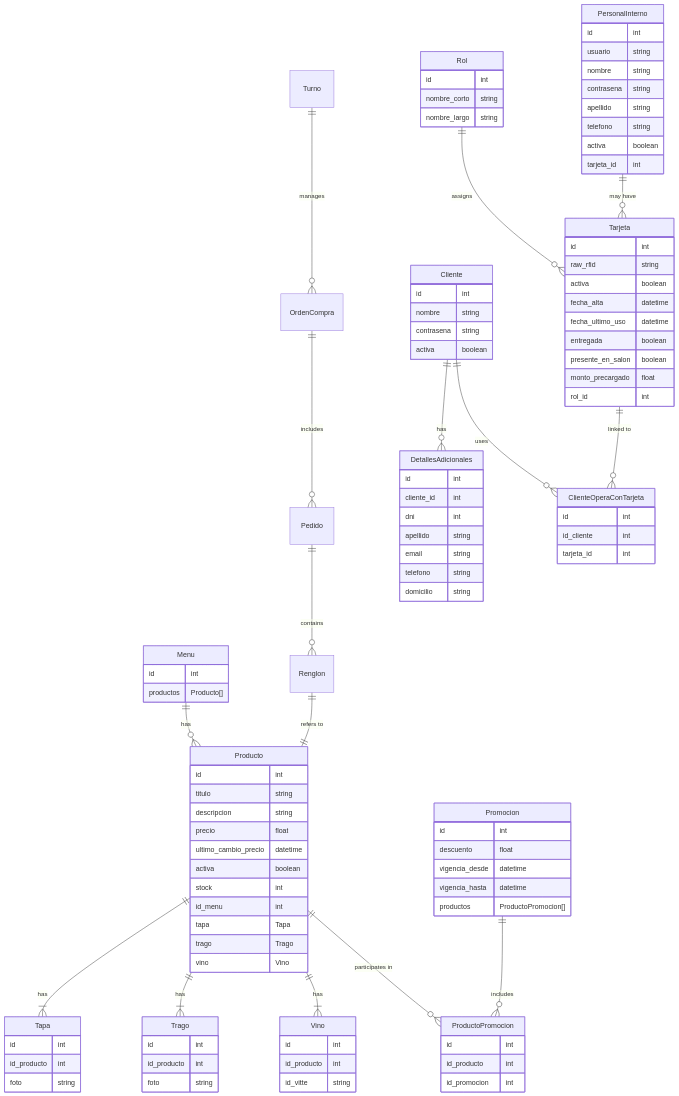
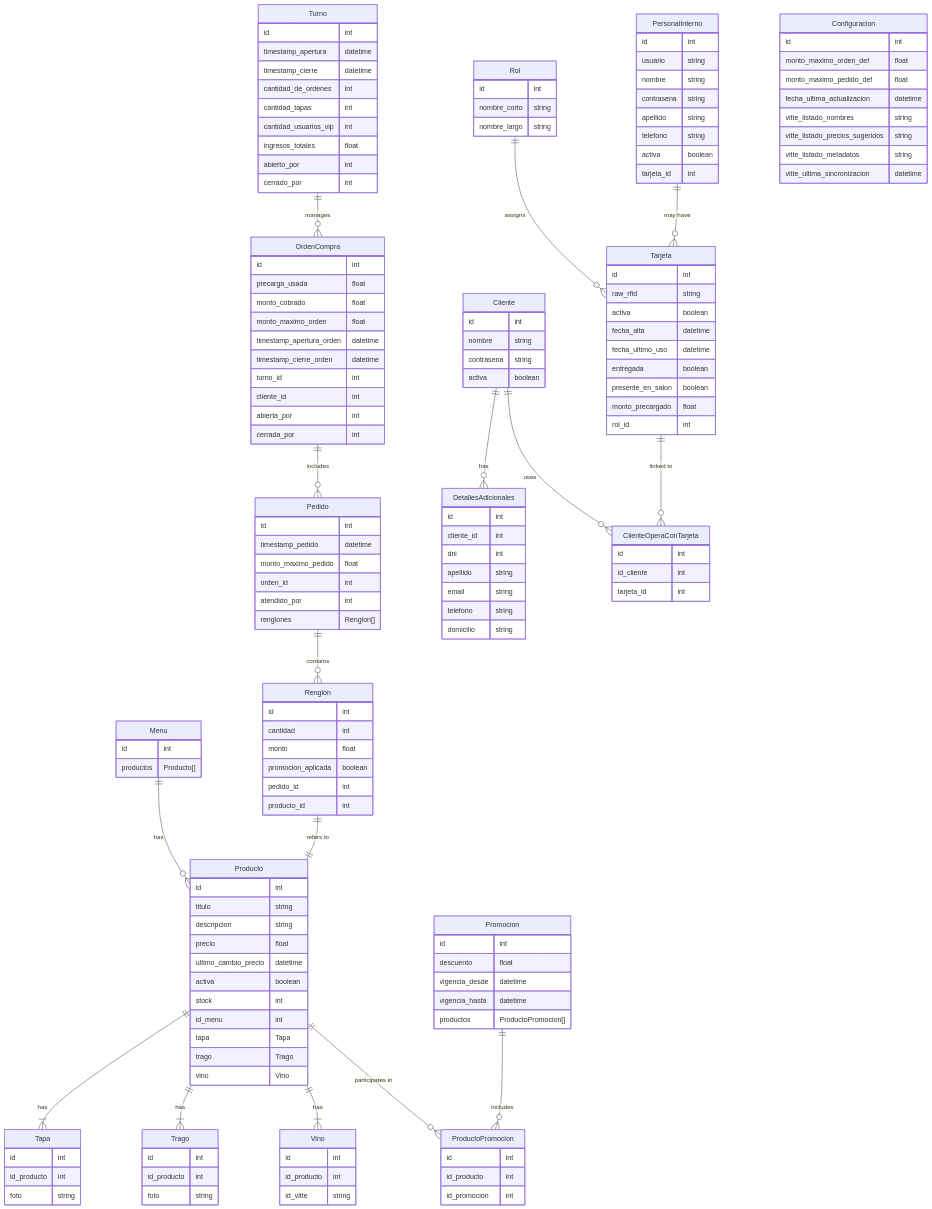
One commit to allanes/winebar-4 changed the diagram in backend/app/sql_app/README.md. Above: the diagram before and after it, drawn with Mermaid.

First paragraph of the commit message:
aider: Added fields to the models in gestion_de_pedidos.
# Aider chat conversation:

````diff
--- a/backend/app/sql_app/README.md
+++ b/backend/app/sql_app/README.md
@@ -105,4 +105,53 @@
         id_producto int
         id_promocion int
     }
+    Turno {
+        id int
+        timestamp_apertura datetime
+        timestamp_cierre datetime
+        cantidad_de_ordenes int
+        cantidad_tapas int
+        cantidad_usuarios_vip int
+        ingresos_totales float
+        abierto_por int
+        cerrado_por int
+    }
+    OrdenCompra {
+        id int
+        precarga_usada float
+        monto_cobrado float
+        monto_maximo_orden float
+        timestamp_apertura_orden datetime
+        timestamp_cierre_orden datetime
+        turno_id int
+        cliente_id int
+        abierta_por int
+        cerrada_por int
+    }
+    Pedido {
+        id int
+        timestamp_pedido datetime
+        monto_maximo_pedido float
+        orden_id int
+        atendido_por int
+        renglones Renglon[]
+    }
+    Renglon {
+        id int
+        cantidad int
+        monto float
+        promocion_aplicada boolean
+        pedido_id int
+        producto_id int
+    }
+    Configuracion {
+        id int
+        monto_maximo_orden_def float
+        monto_maximo_pedido_def float
+        fecha_ultima_actualizacion datetime
+        vitte_listado_nombres string
+        vitte_listado_precios_sugeridos string
+        vitte_listado_metadatos string
+        vitte_ultima_sincronizacion datetime
+    }
 ```
````
